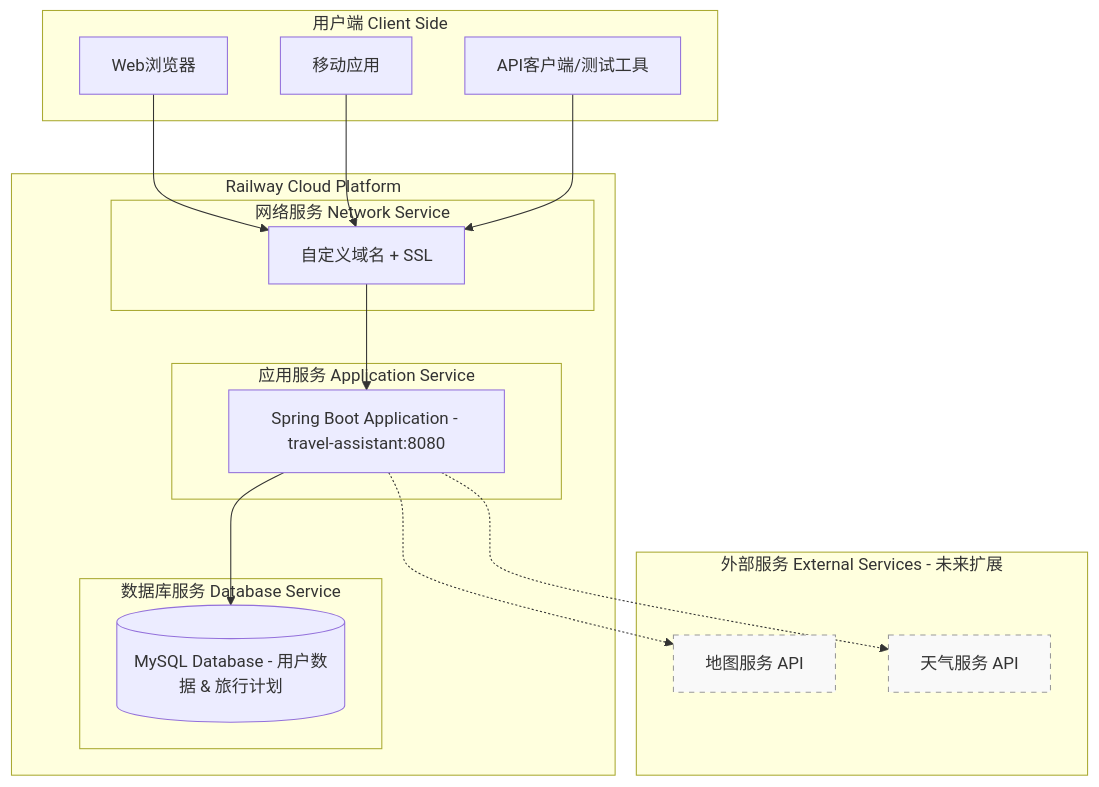
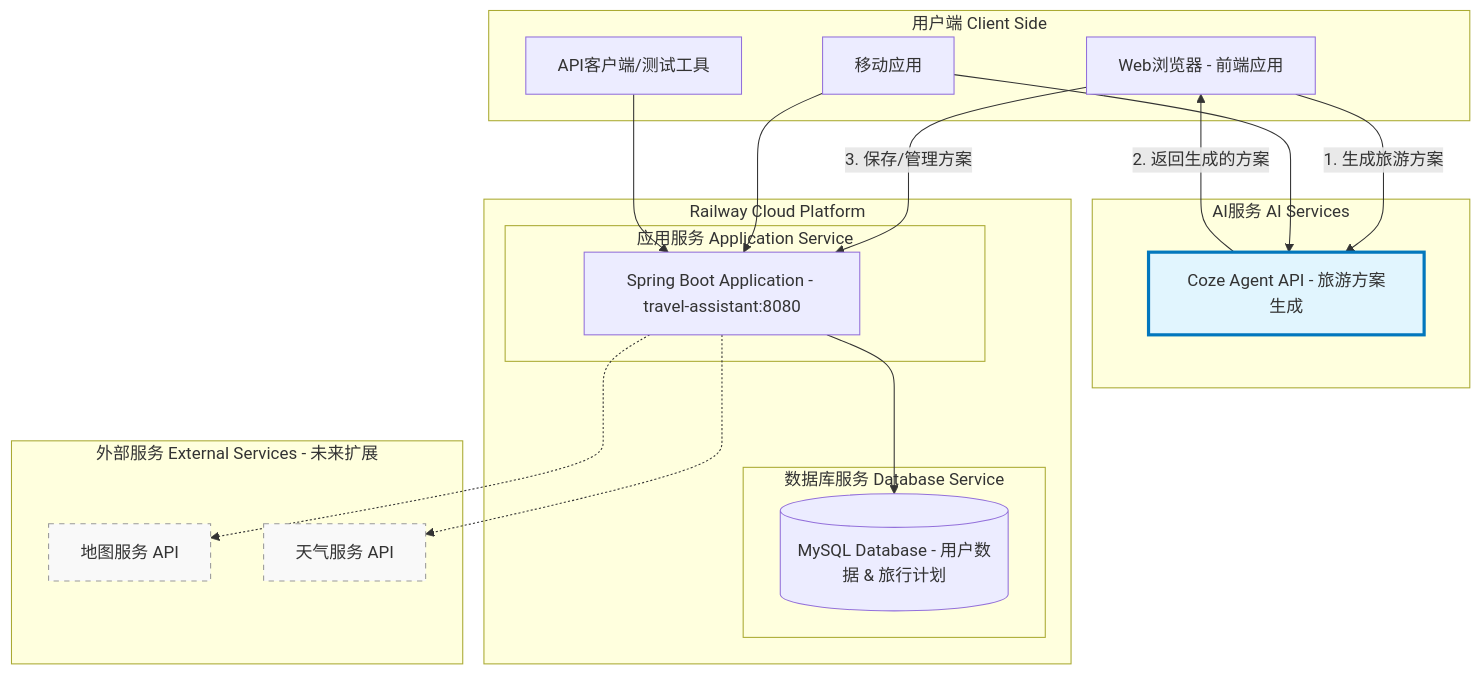
Before and after one commit to NicoleYL28/travel-assistant: the first of 8 diagrams in architecture-diagram.md, drawn with Mermaid. The commit also changed other lines of this file, not shown here.

Commit message:
Update architecture to highlight Coze Agent API integration and business flow

````diff
--- a/architecture-diagram.md
+++ b/architecture-diagram.md
@@ -5,43 +5,48 @@
 ```mermaid
 graph TB
     %% 用户端
     subgraph "用户端 Client Side"
-        WEB["Web浏览器"]
+        WEB["Web浏览器 - 前端应用"]
         MOBILE["移动应用"]
         API_CLIENT["API客户端/测试工具"]
+    end
+    
+    %% AI服务
+    subgraph "AI服务 AI Services"
+        COZE["Coze Agent API - 旅游方案生成"]
     end
     
     %% Railway云平台
     subgraph "Railway Cloud Platform"
         subgraph "应用服务 Application Service"
             APP["Spring Boot Application - travel-assistant:8080"]
         end
         
         subgraph "数据库服务 Database Service"
             DB[("MySQL Database - 用户数据 & 旅行计划")]
         end
-        
-        subgraph "网络服务 Network Service"
-            DOMAIN["自定义域名 + SSL"]
-        end
     end
     
     %% 外部服务（未来扩展）
     subgraph "外部服务 External Services - 未来扩展"
         MAP["地图服务 API"]
         WEATHER["天气服务 API"]
     end
     
-    %% 连接关系
-    WEB --> DOMAIN
-    MOBILE --> DOMAIN
-    API_CLIENT --> DOMAIN
-    DOMAIN --> APP
+    %% 连接关系 - 体现业务流程
+    WEB -->|1. 生成旅游方案| COZE
+    COZE -->|2. 返回生成的方案| WEB
+    WEB -->|3. 保存/管理方案| APP
+    MOBILE --> COZE
+    MOBILE --> APP
+    API_CLIENT --> APP
     APP --> DB
     APP -.-> MAP
     APP -.-> WEATHER
     
     %% 样式
     classDef future fill:#f9f9f9,stroke:#999,stroke-dasharray: 5 5
+    classDef ai fill:#e1f5fe,stroke:#0277bd,stroke-width:3px
     class MAP,WEATHER future
+    class COZE ai
 ```
````
